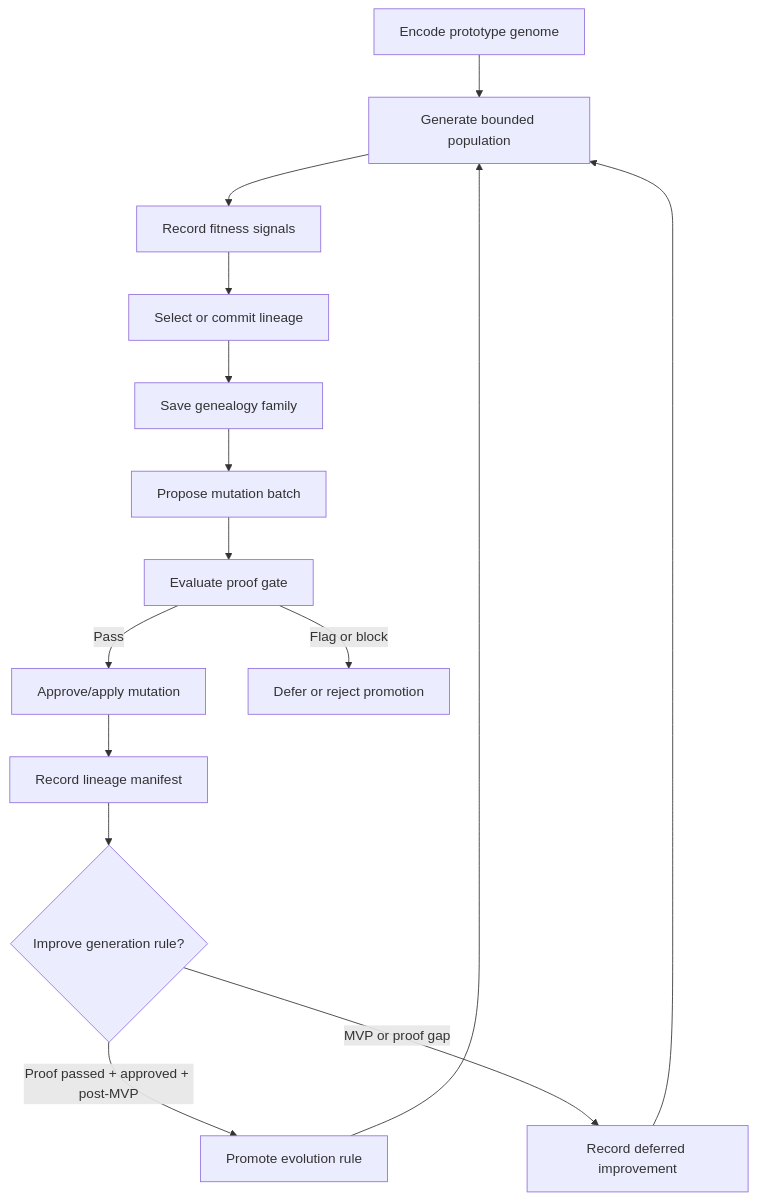
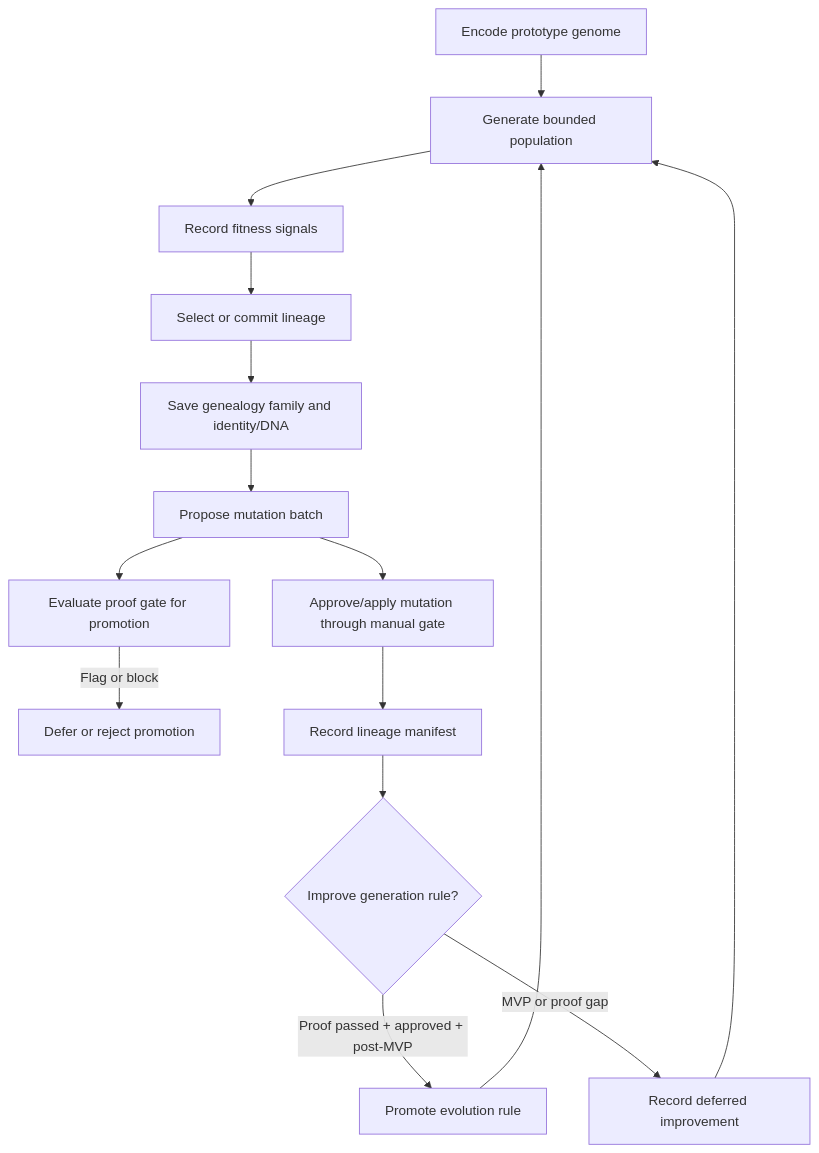
The second of 2 diagrams in docs/features/ui-prototyping-studio/workflows.md (cyberAlchemyAI/domainspec), drawn with Mermaid before and after one commit. The commit also changed other lines of this file and 22 other files, not shown here.

````diff
--- a/docs/features/ui-prototyping-studio/workflows.md
+++ b/docs/features/ui-prototyping-studio/workflows.md
@@ -148,17 +157,17 @@
 ```mermaid
 graph TD
     A[Encode prototype genome] --> B[Generate bounded population]
     B --> C[Record fitness signals]
     C --> D[Select or commit lineage]
-    D --> E[Save genealogy family]
+    D --> E[Save genealogy family and identity/DNA]
     E --> F[Propose mutation batch]
-    F --> G[Evaluate proof gate]
-    G -->|Pass| H[Approve/apply mutation]
+    F --> H[Approve/apply mutation through manual gate]
+    F --> G[Evaluate proof gate for promotion]
     G -->|Flag or block| I[Defer or reject promotion]
     H --> J[Record lineage manifest]
     J --> K{Improve generation rule?}
     K -->|Proof passed + approved + post-MVP| L[Promote evolution rule]
     K -->|MVP or proof gap| M[Record deferred improvement]
     L --> B
     M --> B
 ```
````
